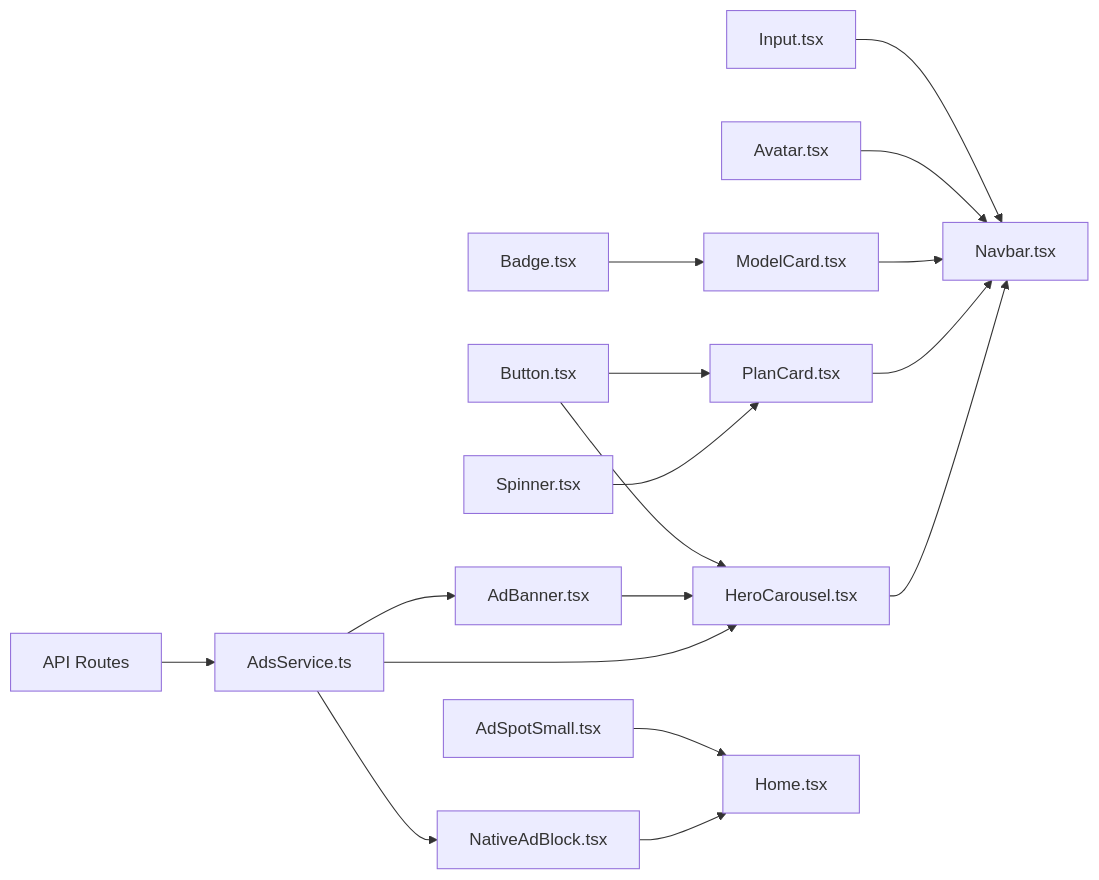
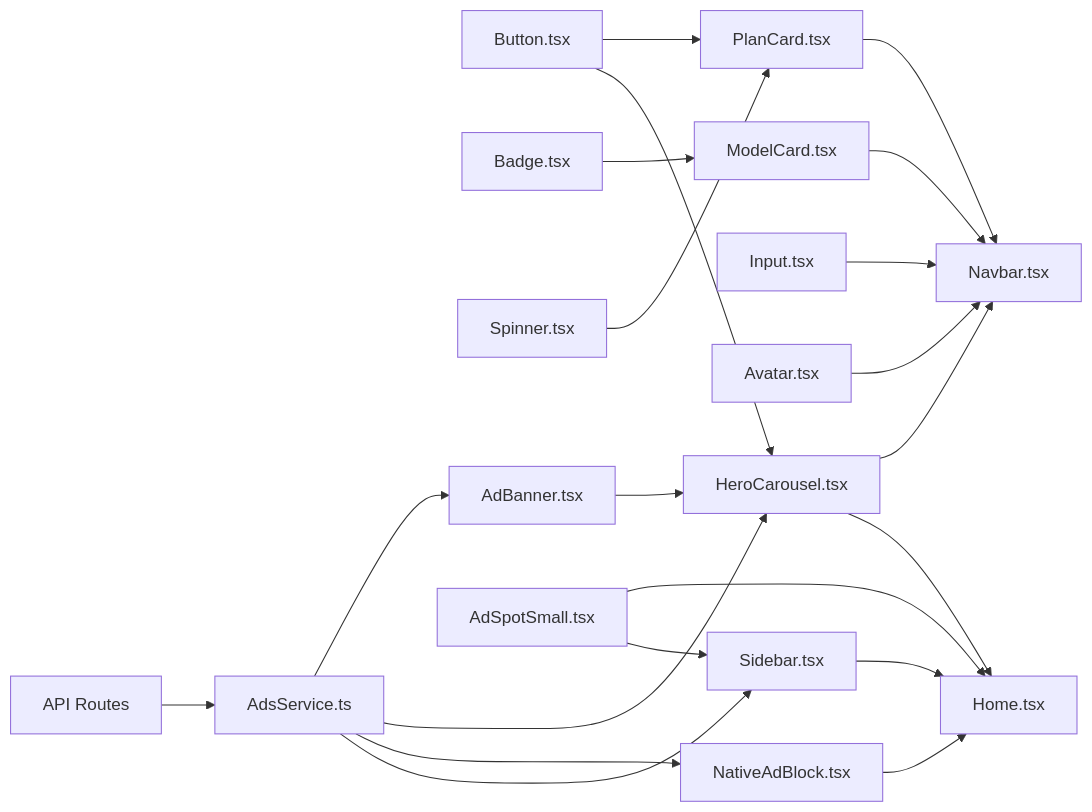
Diagram 19 of 19 in .qoder/repowiki/en/content/UI Component System/UI Component System.md (eromedrive2tb-gif/Avitrine), drawn with Mermaid before and after one commit. The commit also changed other lines of this file and 18 other files, not shown here.

````diff
--- a/.qoder/repowiki/en/content/UI Component System/UI Component System.md
+++ b/.qoder/repowiki/en/content/UI Component System/UI Component System.md
@@ -668,19 +808,23 @@
 ```mermaid
 graph LR
 Button["Button.tsx"] --> PlanCard["PlanCard.tsx"]
 Button --> HeroCarousel["HeroCarousel.tsx"]
 Input["Input.tsx"] --> Navbar["Navbar.tsx"]
 Avatar["Avatar.tsx"] --> Navbar
 Badge["Badge.tsx"] --> ModelCard["ModelCard.tsx"]
 Spinner["Spinner.tsx"] --> PlanCard
 AdBanner["AdBanner.tsx"] --> HeroCarousel
 AdSpotSmall["AdSpotSmall.tsx"] --> Home["Home.tsx"]
+AdSpotSmall --> Sidebar["Sidebar.tsx"]
 NativeAdBlock["NativeAdBlock.tsx"] --> Home
 ModelCard --> Navbar
 PlanCard --> Navbar
 HeroCarousel --> Navbar
+HeroCarousel --> Home
+Sidebar --> Home
 AdsService["AdsService.ts"] --> AdBanner
 AdsService --> HeroCarousel
 AdsService --> NativeAdBlock
+AdsService --> Sidebar
 API_Routes["API Routes"] --> AdsService
 ```
````
